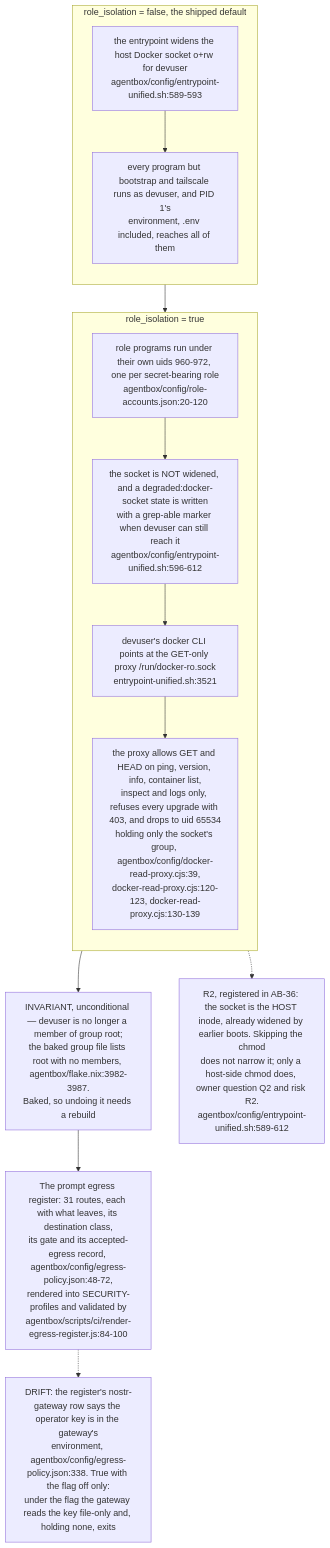
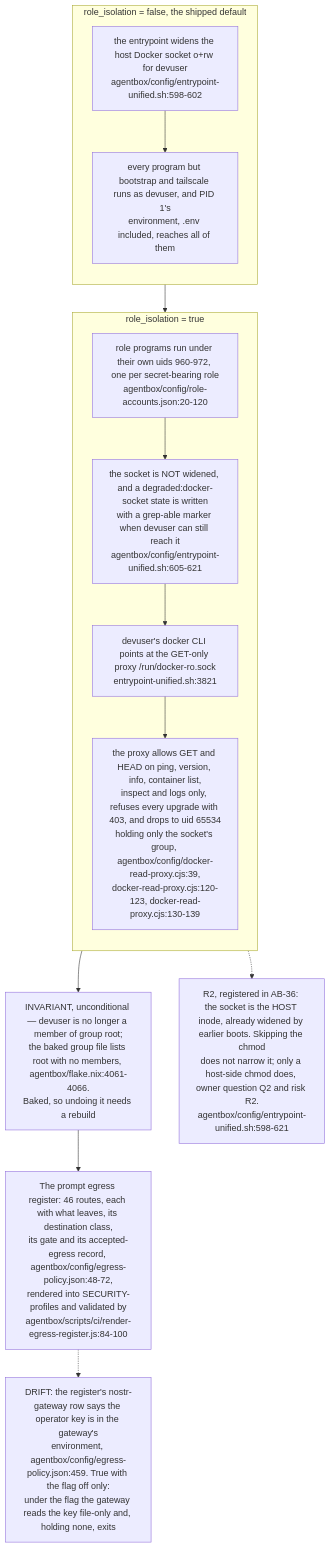
Before and after one commit to DreamLab-AI/VisionFlow: the tenth of 11 diagrams in docs/diagrams/estate/10-deployment-and-security-profiles.md, drawn with Mermaid. The commit also changed other lines of this file and 160 other files, not shown here.

````diff
--- a/docs/diagrams/estate/10-deployment-and-security-profiles.md
+++ b/docs/diagrams/estate/10-deployment-and-security-profiles.md
@@ -388,24 +393,24 @@
 ```mermaid
 flowchart TB
     subgraph OFF["role_isolation = false, the shipped default"]
         direction TB
-        O1["the entrypoint widens the host Docker socket o+rw for devuser<br/>agentbox/config/entrypoint-unified.sh:589-593"]
+        O1["the entrypoint widens the host Docker socket o+rw for devuser<br/>agentbox/config/entrypoint-unified.sh:598-602"]
         O2["every program but bootstrap and tailscale runs as devuser, and PID 1's<br/>environment, .env included, reaches all of them"]
         O1 --> O2
     end
     subgraph ON["role_isolation = true"]
         direction TB
         A1["role programs run under their own uids 960-972, one per secret-bearing role<br/>agentbox/config/role-accounts.json:20-120"]
-        A2["the socket is NOT widened, and a degraded:docker-socket state is written<br/>with a grep-able marker when devuser can still reach it<br/>agentbox/config/entrypoint-unified.sh:596-612"]
-        A3["devuser's docker CLI points at the GET-only proxy /run/docker-ro.sock<br/>entrypoint-unified.sh:3521"]
+        A2["the socket is NOT widened, and a degraded:docker-socket state is written<br/>with a grep-able marker when devuser can still reach it<br/>agentbox/config/entrypoint-unified.sh:605-621"]
+        A3["devuser's docker CLI points at the GET-only proxy /run/docker-ro.sock<br/>entrypoint-unified.sh:3821"]
         A4["the proxy allows GET and HEAD on ping, version, info, container list,<br/>inspect and logs only, refuses every upgrade with 403, and drops to uid 65534<br/>holding only the socket's group, agentbox/config/docker-read-proxy.cjs:39,<br/>docker-read-proxy.cjs:120-123, docker-read-proxy.cjs:130-139"]
         A1 --> A2 --> A3 --> A4
     end
     OFF --> ON
-    GR["INVARIANT, unconditional — devuser is no longer a member of group root;<br/>the baked group file lists root with no members, agentbox/flake.nix:3982-3987.<br/>Baked, so undoing it needs a rebuild"]
+    GR["INVARIANT, unconditional — devuser is no longer a member of group root;<br/>the baked group file lists root with no members, agentbox/flake.nix:4061-4066.<br/>Baked, so undoing it needs a rebuild"]
     ON --> GR
-    EG["The prompt egress register: 31 routes, each with what leaves, its destination class,<br/>its gate and its accepted-egress record, agentbox/config/egress-policy.json:48-72,<br/>rendered into SECURITY-profiles and validated by<br/>agentbox/scripts/ci/render-egress-register.js:84-100"]
+    EG["The prompt egress register: 46 routes, each with what leaves, its destination class,<br/>its gate and its accepted-egress record, agentbox/config/egress-policy.json:48-72,<br/>rendered into SECURITY-profiles and validated by<br/>agentbox/scripts/ci/render-egress-register.js:84-100"]
     GR --> EG
-    A2 -.-> OPEN2["R2, registered in AB-36: the socket is the HOST inode, already widened by earlier boots. Skipping the chmod<br/>does not narrow it; only a host-side chmod does, owner question Q2 and risk R2.<br/>agentbox/config/entrypoint-unified.sh:589-612"]
-    EG -.-> DR["DRIFT: the register's nostr-gateway row says the operator key is in the gateway's<br/>environment, agentbox/config/egress-policy.json:338. True with the flag off only:<br/>under the flag the gateway reads the key file-only and, holding none, exits"]
+    A2 -.-> OPEN2["R2, registered in AB-36: the socket is the HOST inode, already widened by earlier boots. Skipping the chmod<br/>does not narrow it; only a host-side chmod does, owner question Q2 and risk R2.<br/>agentbox/config/entrypoint-unified.sh:598-621"]
+    EG -.-> DR["DRIFT: the register's nostr-gateway row says the operator key is in the gateway's<br/>environment, agentbox/config/egress-policy.json:459. True with the flag off only:<br/>under the flag the gateway reads the key file-only and, holding none, exits"]
 ```
````
